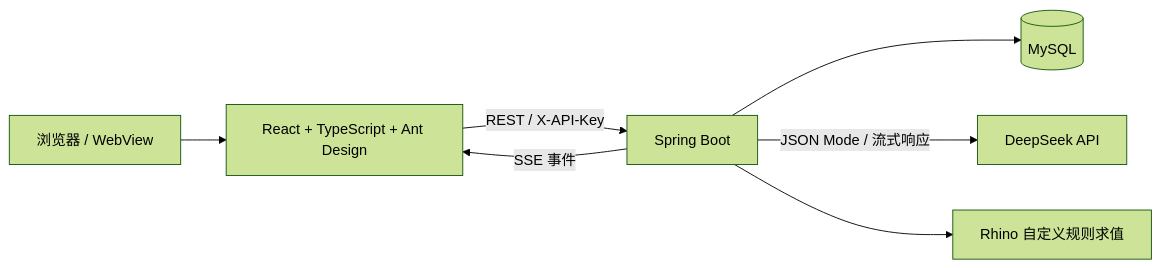
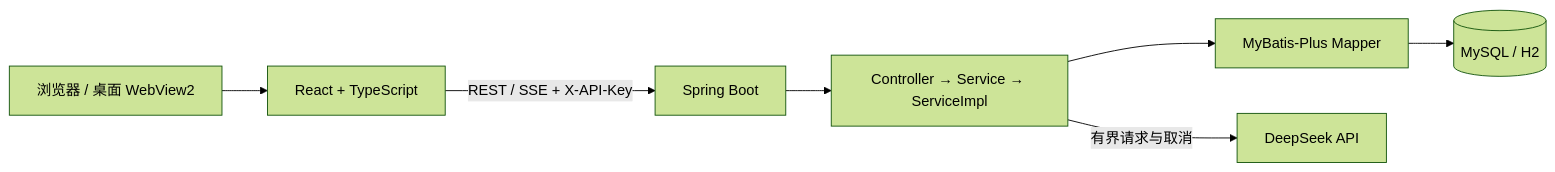
The diagram in docs/reviews/PROJECT_UNDERSTANDING.md (2822708/Kexu), drawn with Mermaid (forest theme) before and after one commit. The commit also changed other lines of this file and 111 other files, not shown here.

````diff
--- a/docs/reviews/PROJECT_UNDERSTANDING.md
+++ b/docs/reviews/PROJECT_UNDERSTANDING.md
@@ -88,9 +17,9 @@
 ```mermaid
 flowchart LR
-    U[浏览器 / WebView] --> F[React + TypeScript + Ant Design]
-    F -->|REST / X-API-Key| B[Spring Boot]
-    B --> DB[(MySQL)]
-    B -->|JSON Mode / 流式响应| AI[DeepSeek API]
-    B --> JS[Rhino 自定义规则求值]
-    B -->|SSE 事件| F
+    User[浏览器 / 桌面 WebView2] --> UI[React + TypeScript]
+    UI -->|REST / SSE + X-API-Key| API[Spring Boot]
+    API --> Svc[Controller → Service → ServiceImpl]
+    Svc --> Mapper[MyBatis-Plus Mapper]
+    Mapper --> DB[(MySQL / H2)]
+    Svc -->|有界请求与取消| AI[DeepSeek API]
 ```
````
